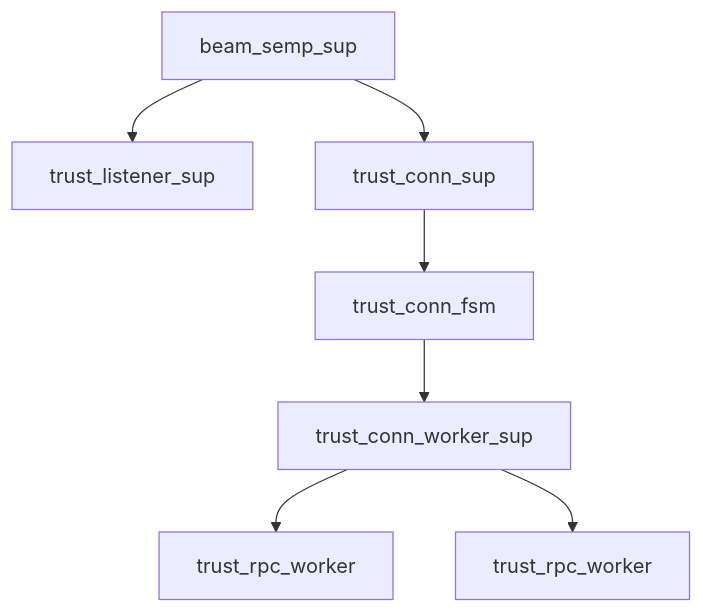
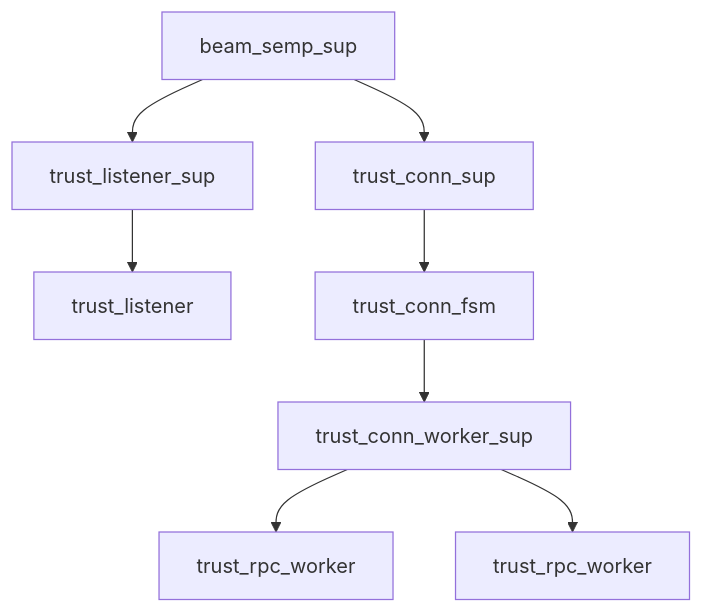
Before and after one commit to yenrab/BEAM_SEMP: the fourth of 5 diagrams in multiplexing and backpressure design doc.md, drawn with Mermaid. The commit also changed other lines of this file, not shown here.

Commit message:
Added Diagram Headers, trust_listener to supervision tree

````diff
--- a/multiplexing and backpressure design doc.md
+++ b/multiplexing and backpressure design doc.md
@@ -110,11 +114,11 @@
 ```mermaid
 %% diagram: supervision-tree
 graph TD
-  Root[beam_semp_sup] --> Listener[trust_listener_sup]
+  Root[beam_semp_sup] --> Listener_Sup[trust_listener_sup] --> Listener[trust_listener]
   Root --> ConnSup[trust_conn_sup]
   ConnSup --> ConnFSM1[trust_conn_fsm]
   ConnFSM1 --> ConnWorkerSup1[trust_conn_worker_sup]
   ConnWorkerSup1 --> RPCa[trust_rpc_worker]
   ConnWorkerSup1 --> RPCb[trust_rpc_worker]
   %% more connections scale out as sockets arrive
 ```
````
